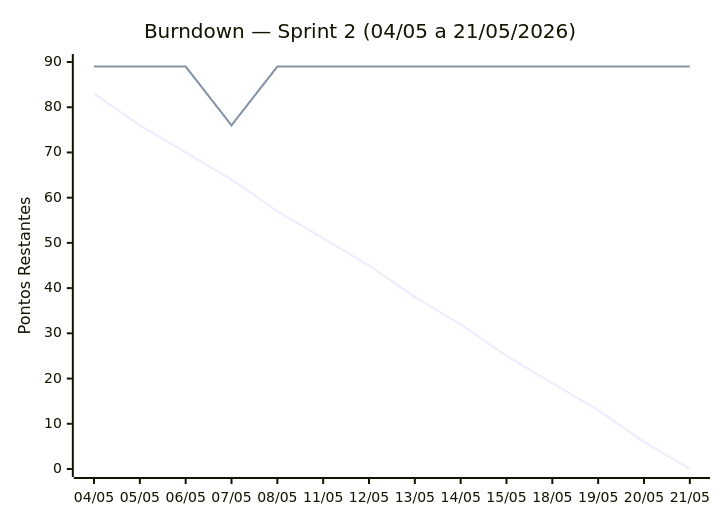
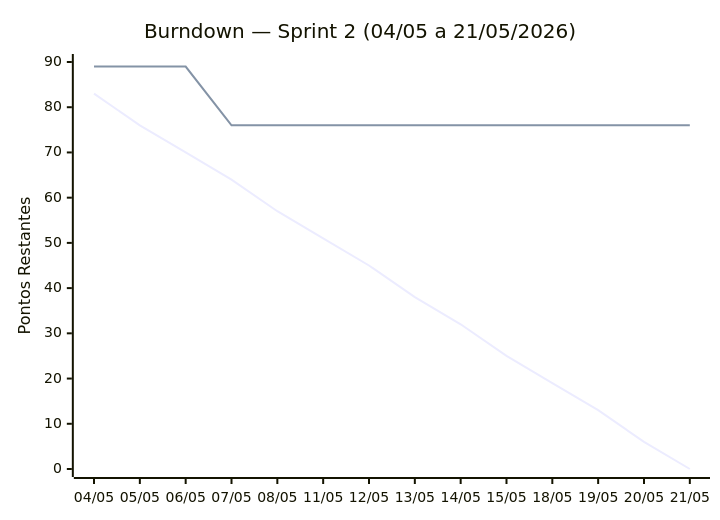
The diagram in docs/scrum/sprint-2/sprint-2.md (DEVassos/scrum-flow-abp), drawn with Mermaid before and after one commit.

Commit message:
docs(sprint 2): corrigir pontos restantes no burndown

````diff
--- a/docs/scrum/sprint-2/sprint-2.md
+++ b/docs/scrum/sprint-2/sprint-2.md
@@ -68,8 +68,8 @@
 ```mermaid
 xychart-beta
     title "Burndown — Sprint 2 (04/05 a 21/05/2026)"
     x-axis ["04/05", "05/05", "06/05", "07/05", "08/05", "11/05", "12/05", "13/05", "14/05", "15/05", "18/05", "19/05", "20/05", "21/05"]
     y-axis "Pontos Restantes" 0 --> 90
     line [83, 76, 70, 64, 57, 51, 45, 38, 32, 25, 19, 13, 6, 0]
-    line [89, 89, 89, 76, 89, 89, 89, 89, 89, 89, 89, 89, 89, 89]
+    line [89, 89, 89, 76, 76, 76, 76, 76, 76, 76, 76, 76, 76, 76]
 ```
````
